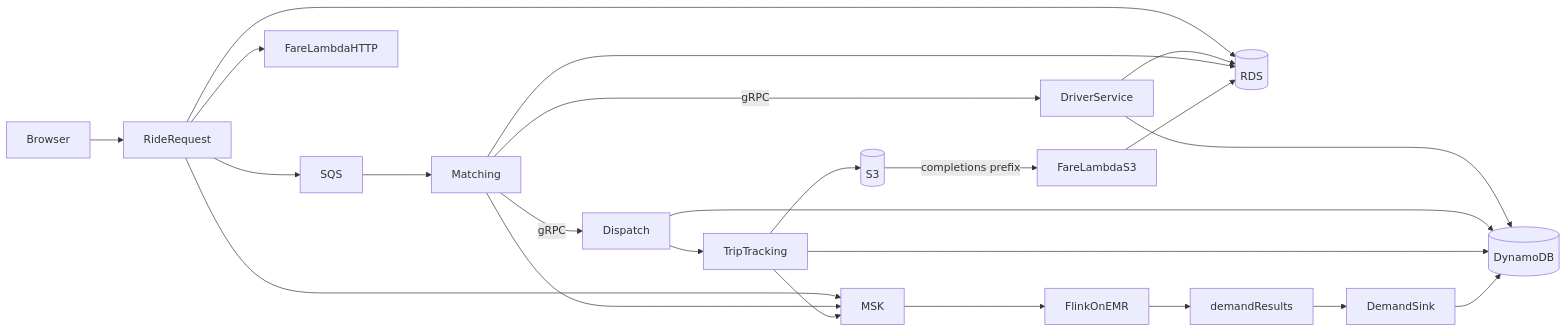
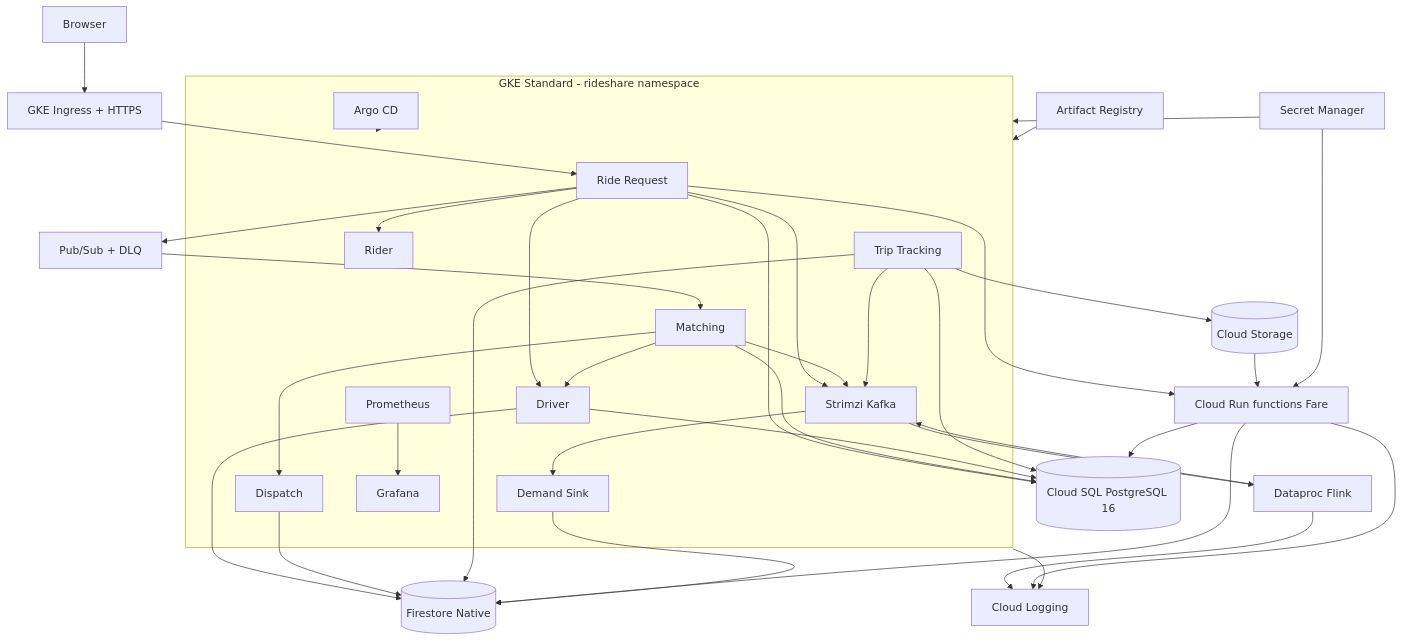
The diagram in docs/design.md (pratham-commits/metered), drawn with Mermaid before and after one commit. The commit also changed other lines of this file and 104 other files, not shown here.

````diff
--- a/docs/design.md
+++ b/docs/design.md
@@ -13,26 +27,62 @@
 ```mermaid
-flowchart LR
-  browser[Browser] --> rideRequest[RideRequest]
-  rideRequest --> rds[(RDS)]
-  rideRequest --> sqs[SQS]
-  rideRequest --> kafka[MSK]
-  rideRequest --> fareHttp[FareLambdaHTTP]
-  sqs --> matching[Matching]
-  matching -->|gRPC| driver[DriverService]
-  matching -->|gRPC| dispatch[Dispatch]
-  driver --> dynamo[(DynamoDB)]
-  driver --> rds
-  dispatch --> dynamo
-  matching --> rds
+flowchart TB
+  browser[Browser]
+  ingress[GKE Ingress + HTTPS]
+  subgraph gke[GKE Standard - rideshare namespace]
+    rideRequest[Ride Request]
+    rider[Rider]
+    driver[Driver]
+    matching[Matching]
+    dispatch[Dispatch]
+    trip[Trip Tracking]
+    sink[Demand Sink]
+    prom[Prometheus]
+    graf[Grafana]
+    kafka[Strimzi Kafka]
+    argo[Argo CD]
+  end
+  sql[(Cloud SQL PostgreSQL 16)]
+  firestore[(Firestore Native)]
+  gcs[(Cloud Storage)]
+  pubsub[Pub/Sub + DLQ]
+  argoCD[Artifact Registry]
+  functions[Cloud Run functions Fare]
+  dataproc[Dataproc Flink]
+  logging[Cloud Logging]
+  secrets[Secret Manager]
+
+  browser --> ingress --> rideRequest
+  rideRequest --> rider
+  rideRequest --> driver
+  rideRequest --> sql
+  rideRequest --> pubsub
+  rideRequest --> kafka
+  rideRequest --> functions
+  pubsub --> matching
+  matching --> driver
+  matching --> dispatch
+  matching --> sql
   matching --> kafka
-  dispatch --> trip[TripTracking]
+  driver --> sql
+  driver --> firestore
+  dispatch --> firestore
+  trip --> sql
+  trip --> gcs
+  trip --> firestore
   trip --> kafka
-  trip --> s3[(S3)]
-  trip --> dynamo
-  s3 -->|completions prefix| fareFinal[FareLambdaS3]
-  fareFinal --> rds
-  kafka --> flink[FlinkOnEMR]
-  flink --> results[demandResults]
-  results --> sink[DemandSink]
-  sink --> dynamo
+  gcs --> functions
+  functions --> sql
+  functions --> firestore
+  kafka --> dataproc
+  dataproc --> kafka
+  kafka --> sink
+  sink --> firestore
+  prom --> graf
+  gke --> logging
+  dataproc --> logging
+  functions --> logging
+  argo --> gke
+  argoCD --> gke
+  secrets --> gke
+  secrets --> functions
 ```
````
